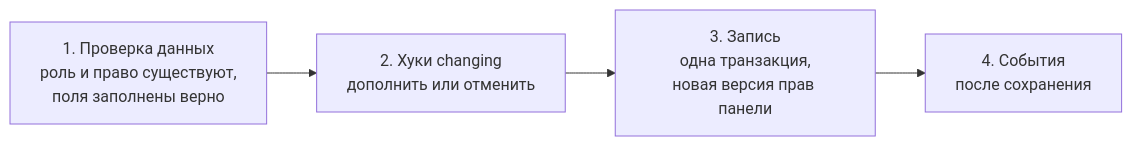
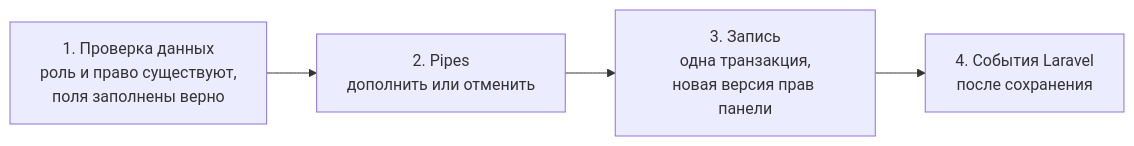
The third of 3 diagrams in audits/2026-09-29-audit/opus/00-overview.md (axiomasoft/azguard-private), drawn with Mermaid before and after one commit. The commit also changed other lines of this file and 16 other files, not shown here.

````diff
--- a/audits/2026-09-29-audit/opus/00-overview.md
+++ b/audits/2026-09-29-audit/opus/00-overview.md
@@ -136,6 +270,6 @@
 ```mermaid
 flowchart LR
-    A[1. Проверка данных<br/>роль и право существуют,<br/>поля заполнены верно] --> B[2. Хуки changing<br/>дополнить или отменить]
+    A[1. Проверка данных<br/>роль и право существуют,<br/>поля заполнены верно] --> B[2. Pipes<br/>дополнить или отменить]
     B --> C[3. Запись<br/>одна транзакция,<br/>новая версия прав панели]
-    C --> D[4. События<br/>после сохранения]
+    C --> D[4. События Laravel<br/>после сохранения]
 ```
````
